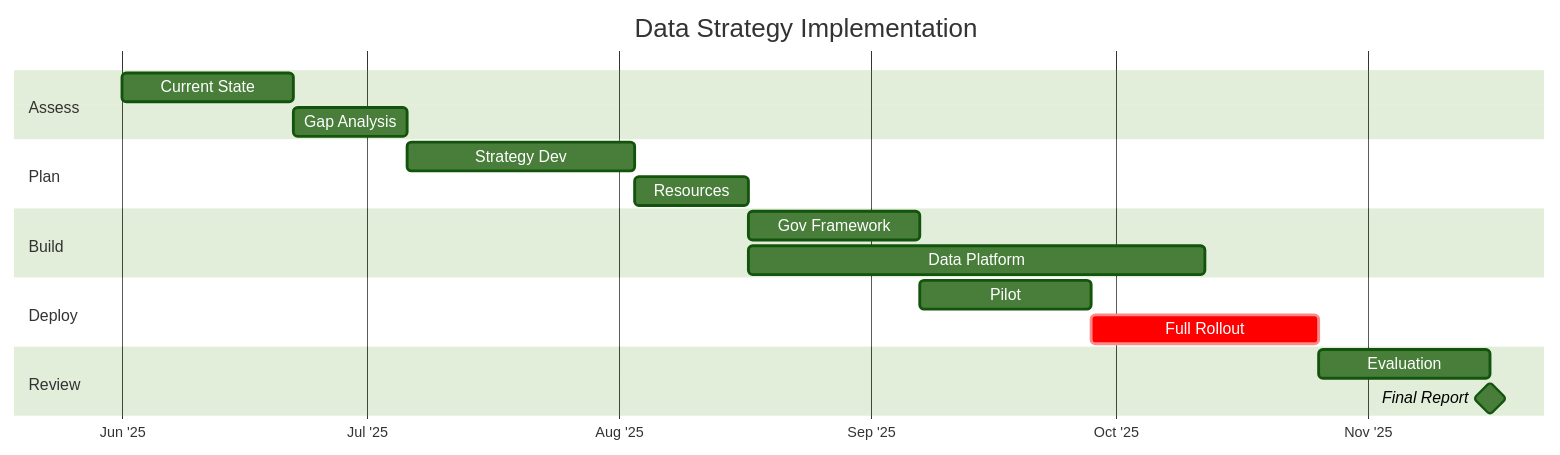
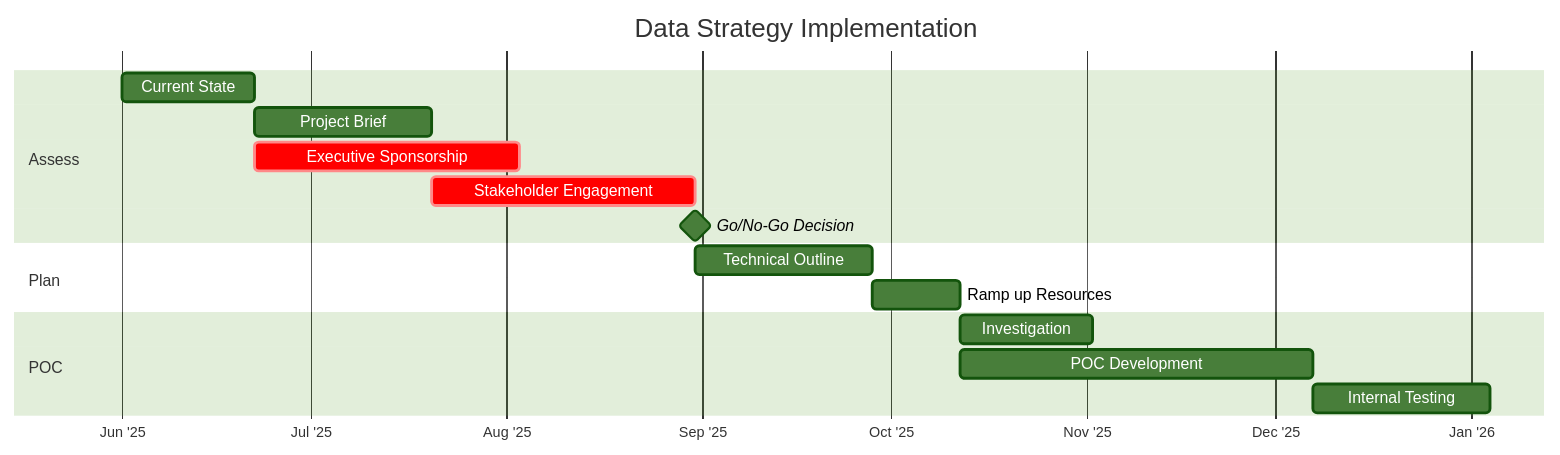
One commit to robertsweetman/data-strategy-presentation changed the first of 2 diagrams in src/slide_5_5.md. Above: the diagram before and after it, drawn with Mermaid (forest theme). The commit also changed other lines of this file and 10 other files, not shown here.

````diff
--- a/src/slide_5_5.md
+++ b/src/slide_5_5.md
@@ -94,27 +94,23 @@
 ```mermaid
 gantt
     title Data Strategy Implementation
     dateFormat YYYY-MM-DD
     axisFormat %b '%y
     tickInterval 1month
     
     section Assess
     Current State   :a1, 2025-06-01, 3w
-    Gap Analysis    :a2, after a1, 2w
+    Project Brief   :a2, after a1, 4w
+    Executive Sponsorship :crit, a2a, after a1, 6w
+    Stakeholder Engagement :crit, a2b, after a2, 6w
+    Go/No-Go Decision :milestone, a2c, after a2b, 0d
+   
+    section Plan
+    Technical Outline :a3, after a2b, 4w
+    Ramp up Resources :a4, after a3, 2w
     
-    section Plan
-    Strategy Dev    :a3, after a2, 4w
-    Resources       :a4, after a3, 2w
-    
-    section Build
-    Gov Framework   :a5, after a4, 3w
-    Data Platform   :a6, after a4, 8w
-    
-    section Deploy
-    Pilot           :a7, after a5, 3w
-    Full Rollout    :crit, a8, after a7, 4w
-    
-    section Review
-    Evaluation      :a9, after a8, 3w
-    Final Report    :milestone, after a9, 0d
+    section POC
+    Investigation   :a5, after a4, 3w
+    POC Development   :a6, after a4, 8w
+    Internal Testing :a7, after a6, 4w
 ```
````
